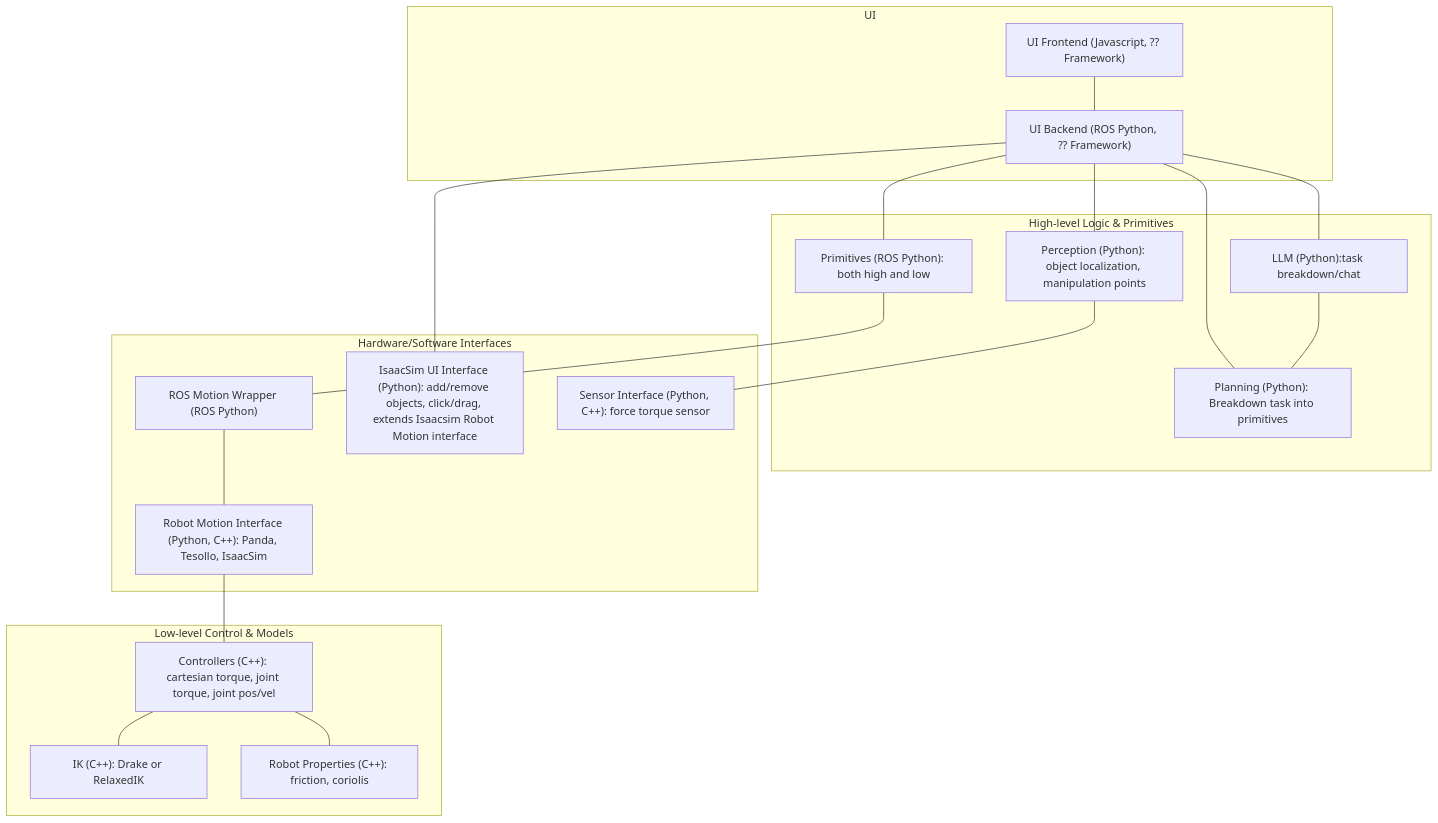
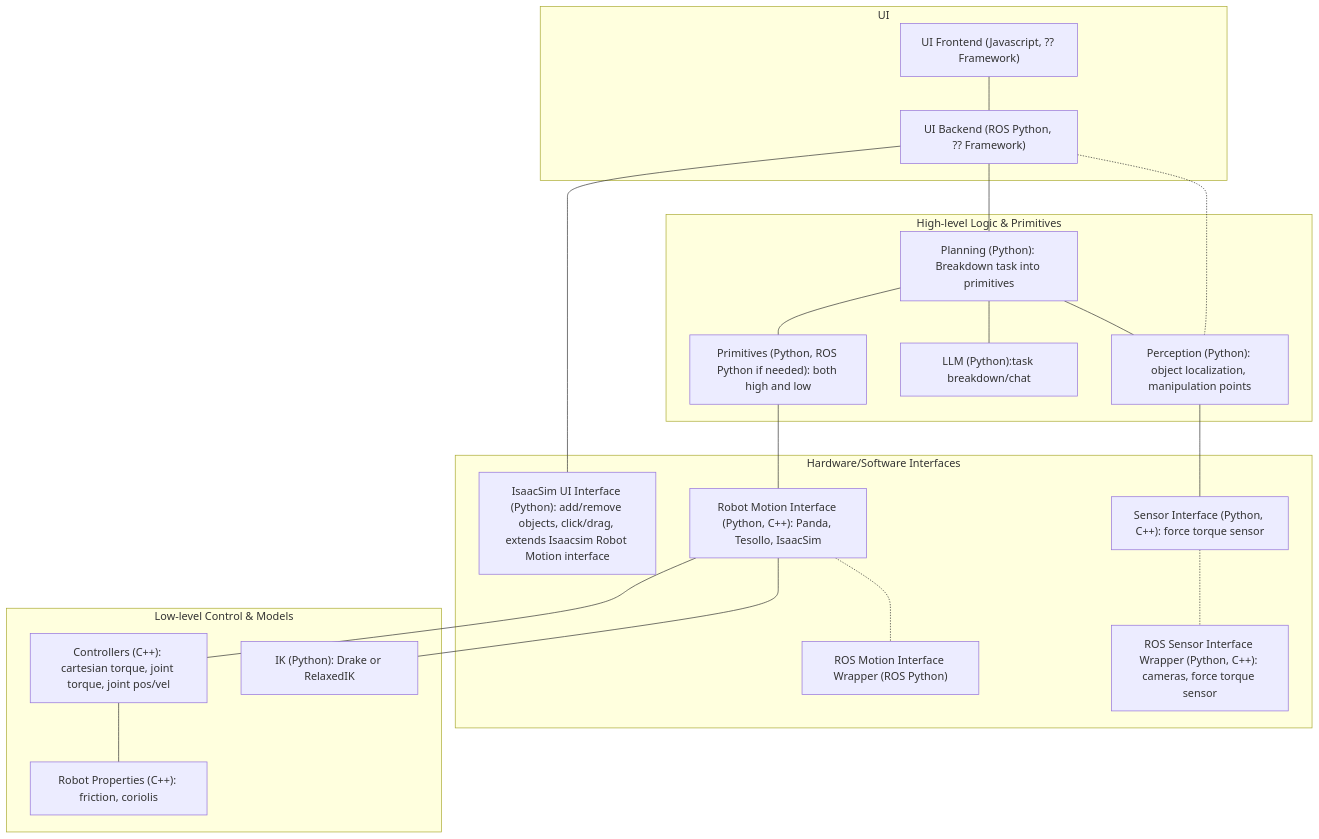
One commit to Wisc-HCI/dexterity-interface changed the second of 2 diagrams in README.md. Above: the diagram before and after it, drawn with Mermaid. The commit also changed 1 other file, not shown here.

Commit message:
Update architecture

````diff
--- a/README.md
+++ b/README.md
@@ -138,53 +138,59 @@
 ```mermaid
 flowchart TD
 
 %% --- UI (top) ---
 subgraph L1["UI"]
   UIF["UI Frontend (Javascript, ?? Framework)"]
   UIB["UI Backend (ROS Python, ?? Framework)"]
   UIF --- UIB
 end
 
 %% --- High-level logic / Primitives ---
 subgraph L2["High-level Logic & Primitives"]
-  PRIM["Primitives (ROS Python): both high and low"]
+  PRIM["Primitives (Python, ROS Python if needed): both high and low"]
   PLAN["Planning (Python): Breakdown task into primitives"]
   LLM["LLM (Python):task breakdown/chat "]
   PERC["Perception (Python): object localization, manipulation points"]
 end
 
 %% --- Interfaces ---
 subgraph L3["Hardware/Software Interfaces"]
-  ROSI["ROS Motion Wrapper (ROS Python)"]
-  RCTL["Robot Motion Interface (Python, C++): Panda, Tesollo, IsaacSim"]
   ISAACI["IsaacSim UI Interface (Python): add/remove objects, click/drag, extends Isaacsim Robot Motion interface"]
+  ROS_RMI["ROS Motion Interface Wrapper (ROS Python)"]
+  RMI["Robot Motion Interface (Python, C++): Panda, Tesollo, IsaacSim"]
+
   SENSI["Sensor Interface (Python, C++): force torque sensor"]
+  ROS_SENSI["ROS Sensor Interface Wrapper (Python, C++): cameras, force torque sensor"]
 end
 
 %% --- Low level (bottom) ---
 subgraph L4["Low-level Control & Models"]
   CTRLS["Controllers (C++): cartesian torque, joint torque, joint pos/vel"]
-  IK["IK (C++): Drake or RelaxedIK"]
+  IK["IK (Python): Drake or RelaxedIK"]
   RPROPS["Robot Properties (C++): friction, coriolis"]
 end
 
 %% --- Wiring (top → bottom) ---
-UIB --- PRIM
+UIB --- ISAACI
 UIB --- PLAN
-UIB --- LLM
-UIB --- PERC
-UIB --- ISAACI
-
-PRIM --- ROSI
-LLM --- PLAN
-
-ROSI --- RCTL
-PERC --- SENSI
+UIB -.- PERC
 
 
-RCTL --- CTRLS
-CTRLS --- IK
+
+PLAN --- PRIM
+PLAN --- LLM
+PLAN --- PERC
+PRIM --- RMI
+
+
+RMI -.- ROS_RMI
+PERC --- SENSI
+SENSI -.- ROS_SENSI
+
+
+RMI --- CTRLS
+RMI --- IK
 CTRLS --- RPROPS
 
 
 ```
````
